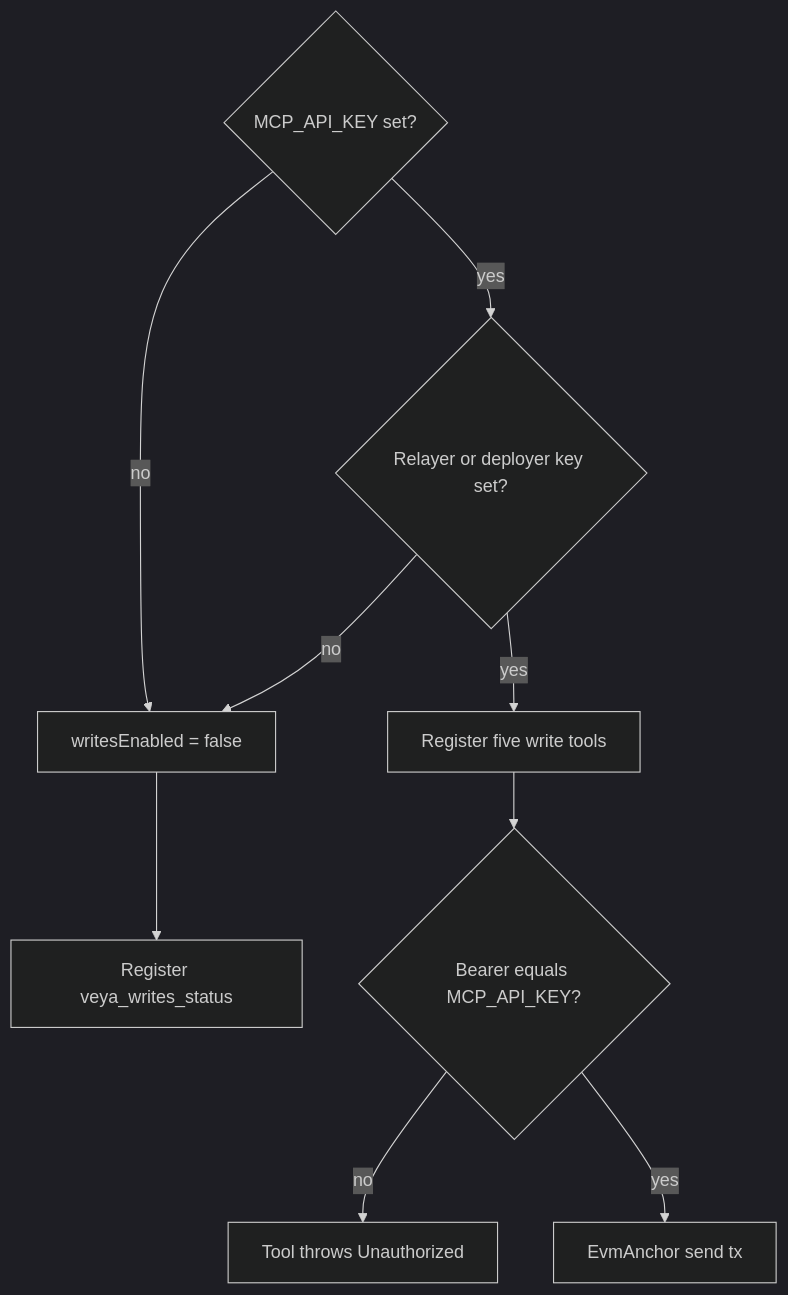
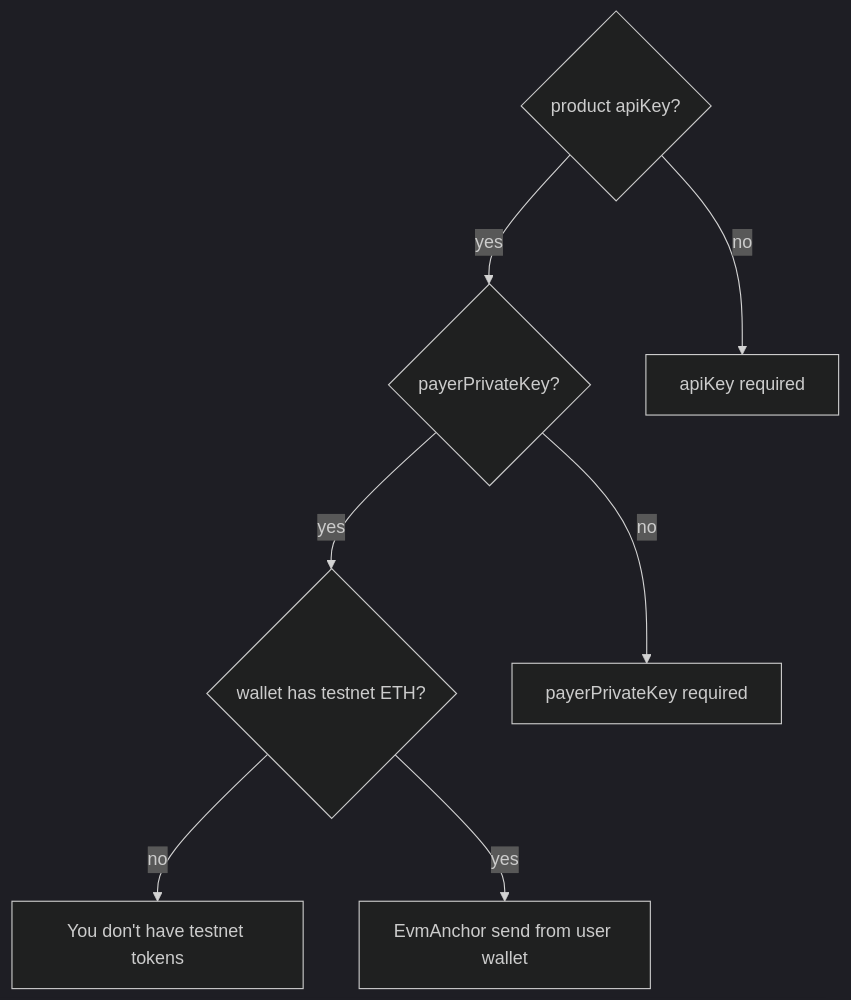
One commit to veyanet/veya-mcp changed the seventh of 7 diagrams in docs/ARCHITECTURE.md. Above: the diagram before and after it, drawn with Mermaid (dark theme). The commit also changed other lines of this file, not shown here.

Commit message:
docs: expand mcp architecture with layers and charts

````diff
--- a/docs/ARCHITECTURE.md
+++ b/docs/ARCHITECTURE.md
@@ -434,13 +425,12 @@
 ```mermaid
 flowchart TD
-  K1{"MCP_API_KEY set?"}
-  K2{"Relayer or deployer key set?"}
-  K1 -->|no| Off["writesEnabled = false"]
-  K2 -->|no| Off
+  K1{"product apiKey?"}
+  K2{"payerPrivateKey?"}
+  K3{"wallet has testnet ETH?"}
+  K1 -->|no| Fail1["apiKey required"]
+  K2 -->|no| Fail2["payerPrivateKey required"]
   K1 -->|yes| K2
-  K2 -->|yes| On["Register five write tools"]
-  Off --> Status["Register veya_writes_status"]
-  On --> Call{"Bearer equals MCP_API_KEY?"}
-  Call -->|no| Fail["Tool throws Unauthorized"]
-  Call -->|yes| Tx["EvmAnchor send tx"]
+  K2 -->|yes| K3
+  K3 -->|no| Fail3["You don't have testnet tokens"]
+  K3 -->|yes| Tx["EvmAnchor send from user wallet"]
 ```
````
